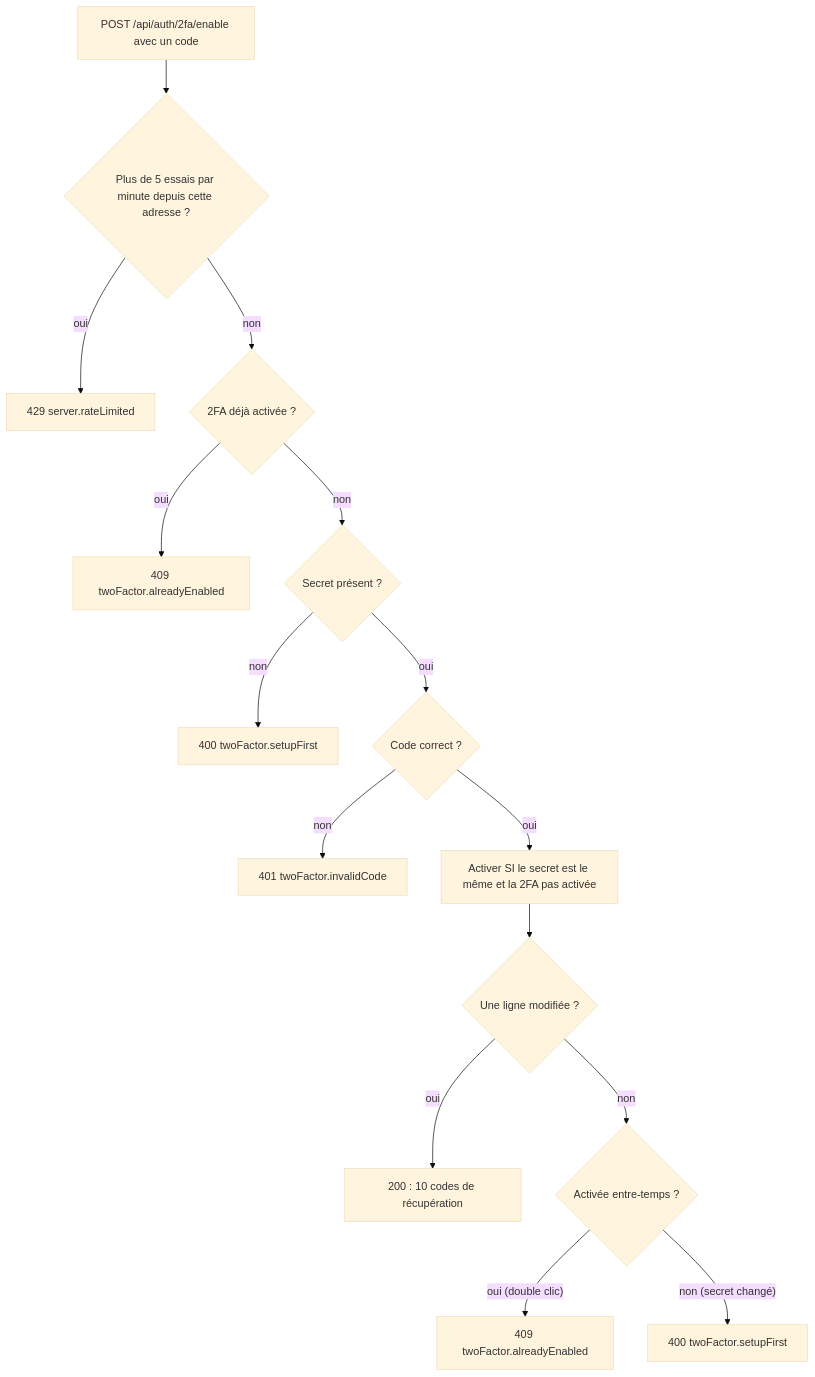
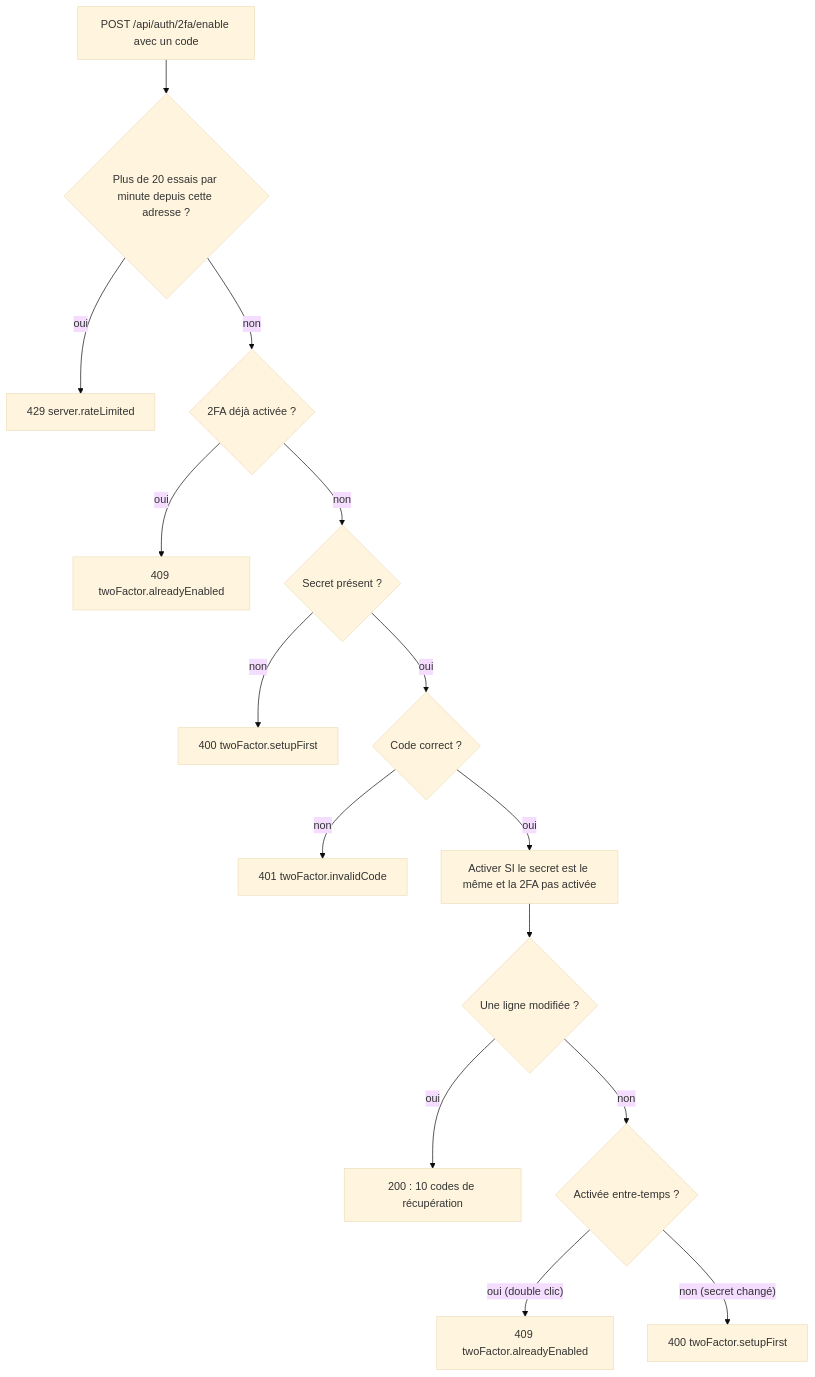
One commit to VictorBro/ft_transcendence changed the fourth of 6 diagrams in docs/transcendence-course/endrit/two-factor-guards/README.md. Above: the diagram before and after it, drawn with Mermaid (base theme). The commit also changed other lines of this file and 223 other files, not shown here.

````diff
--- a/docs/transcendence-course/endrit/two-factor-guards/README.md
+++ b/docs/transcendence-course/endrit/two-factor-guards/README.md
@@ -307,17 +307,17 @@
 ```mermaid
 flowchart TD
-  A["POST /api/auth/2fa/enable avec un code"] --> TH{"Plus de 5 essais par minute depuis cette adresse ?"}
+  A["POST /api/auth/2fa/enable avec un code"] --> TH{"Plus de 20 essais par minute depuis cette adresse ?"}
   TH -->|"oui"| E429["429 server.rateLimited"]
   TH -->|"non"| EN{"2FA déjà activée ?"}
   EN -->|"oui"| E409a["409 twoFactor.alreadyEnabled"]
   EN -->|"non"| SF{"Secret présent ?"}
   SF -->|"non"| E400a["400 twoFactor.setupFirst"]
   SF -->|"oui"| VC{"Code correct ?"}
   VC -->|"non"| E401["401 twoFactor.invalidCode"]
   VC -->|"oui"| UM["Activer SI le secret est le même et la 2FA pas activée"]
   UM --> CNT{"Une ligne modifiée ?"}
   CNT -->|"oui"| RC["200 : 10 codes de récupération"]
   CNT -->|"non"| W{"Activée entre-temps ?"}
   W -->|"oui (double clic)"| E409b["409 twoFactor.alreadyEnabled"]
   W -->|"non (secret changé)"| E400b["400 twoFactor.setupFirst"]
 ```
````
